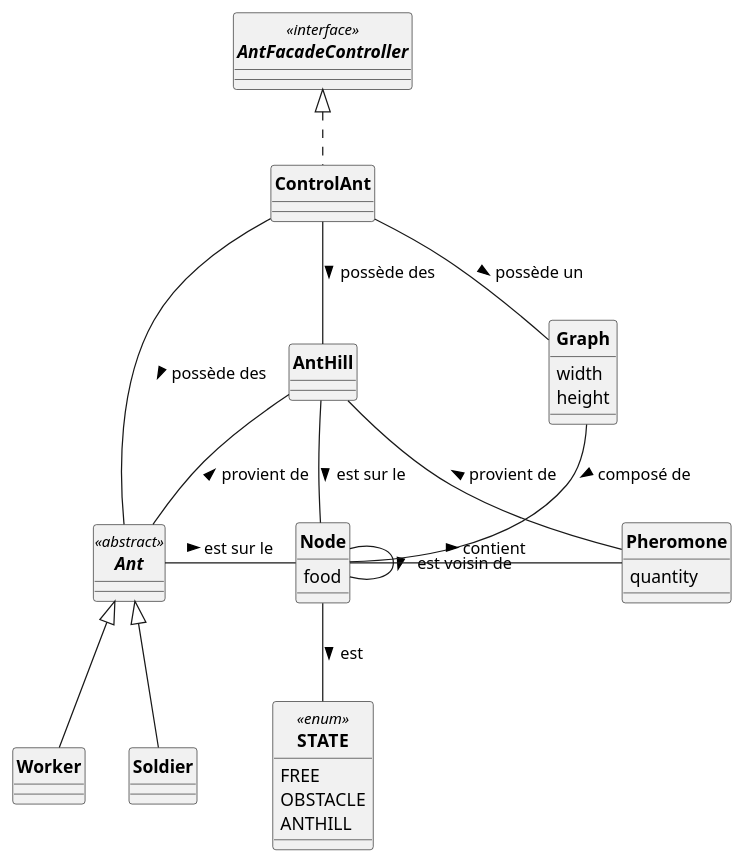
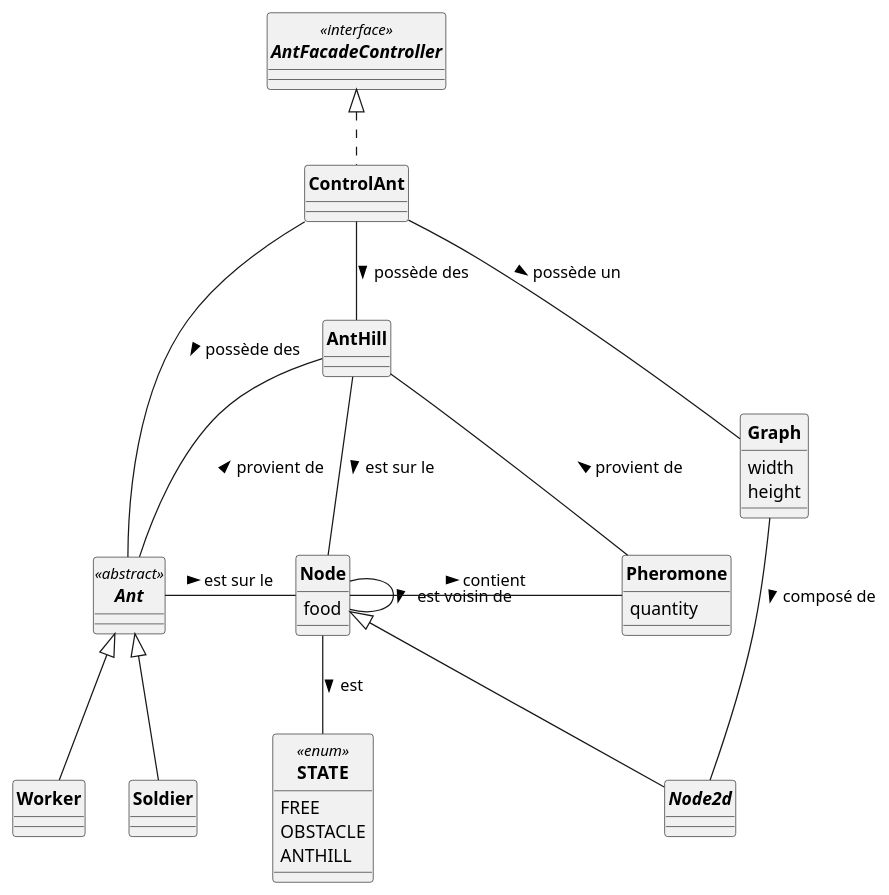
Before and after one commit to ErenMustafaGit/ColonieFourmis: the diagram in src/main/uml/Fourmis_DCa.puml, drawn with PlantUML.

Commit message:
Ajout de Node2d au DCa

```diff
--- a/src/main/uml/Fourmis_DCa.puml
+++ b/src/main/uml/Fourmis_DCa.puml
@@ -1,69 +1,72 @@
 @startuml
 'https://plantuml.com/sequence-diagram
 skinparam style strictuml
 skinparam classAttributeIconSize 0
 skinparam circledCharacterRadius 0
 skinparam circledCharacterFontSize 0
 skinparam classFontStyle Bold
 'autonumber
 
 
 interface AntFacadeController<<interface>>{
 
 }
 
 enum STATE <<enum>> {
     FREE
     OBSTACLE
     ANTHILL
 }
 
 
 class Graph {
      width
      height
 }
 class Node{
     food
 }
 
 
 
 abstract Ant <<abstract>>{
 
 }
 
 class AntHill {
 
 }
 
 class Soldier extends Ant{
 
 }
 
 class Worker extends Ant{
 }
 
 
 class ControlAnt implements AntFacadeController{
 }
 
 class Pheromone{
     quantity
 }
 
+abstract class Node2d extends Node{
+}
+
 Node - Node : est voisin de >
 ControlAnt -- Graph : possède un >
 ControlAnt --- Ant : possède des >
 ControlAnt -- AntHill : possède des >
-Graph -- Node : composé de >
+Graph -- Node2d : composé de >
 Ant  - Node : est sur le >
 Node --  STATE : est >
 Node - Pheromone : contient >
 Node - AntHill : est sur le <
 
 Ant -u- AntHill : provient de >
 Pheromone - AntHill : provient de >
 
 
 @enduml
```
